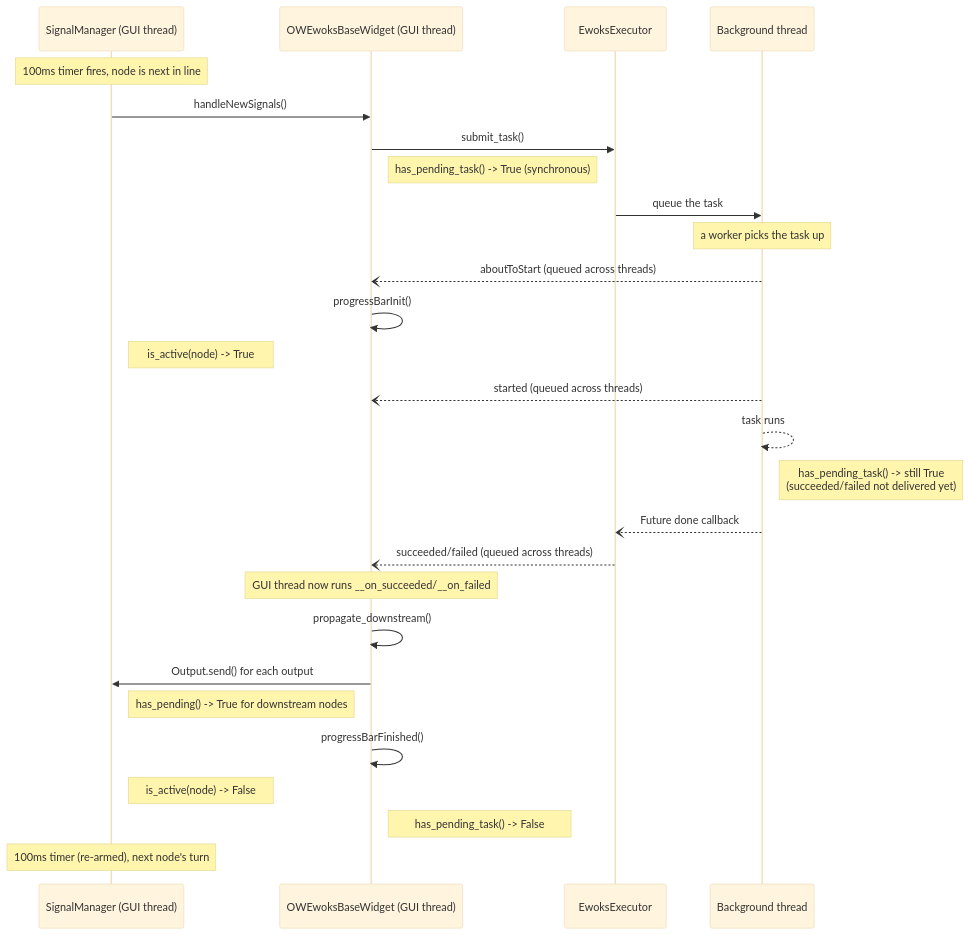
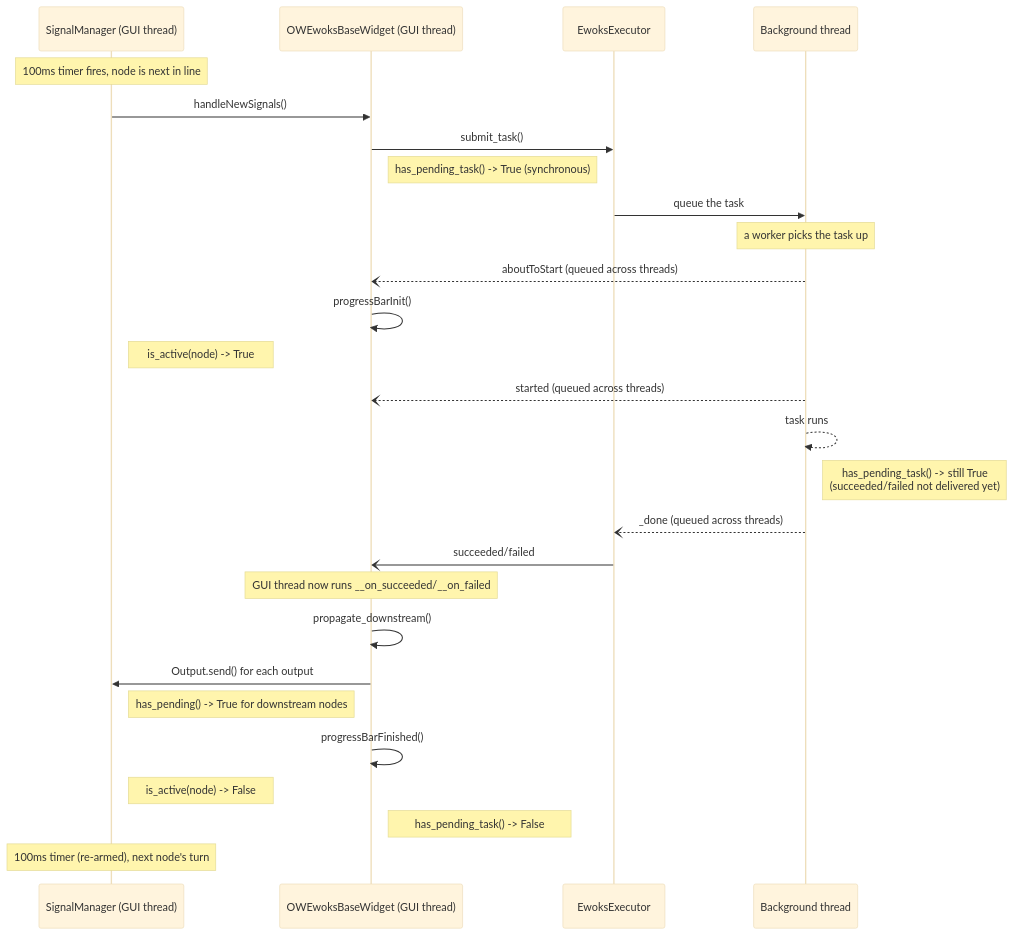
Before and after one commit to ewoks-kit/ewoksorange: the first of 2 diagrams in doc/explanations/execution.rst, drawn with Mermaid (base theme). The commit also changed 11 other files, not shown here.

```diff
--- a/doc/explanations/execution.rst
+++ b/doc/explanations/execution.rst
@@ -38,33 +38,33 @@
 .. mermaid::
 
     sequenceDiagram
         participant SM as SignalManager (GUI thread)
         participant W as OWEwoksBaseWidget (GUI thread)
         participant EX as EwoksExecutor
         participant BG as Background thread
 
         Note over SM: 100ms timer fires, node is next in line
         SM->>W: handleNewSignals()
         W->>EX: submit_task()
         Note right of W: has_pending_task() -> True (synchronous)
         EX->>BG: queue the task
         Note over BG: a worker picks the task up
         BG--)W: aboutToStart (queued across threads)
         W->>W: progressBarInit()
         Note right of SM: is_active(node) -> True
         BG--)W: started (queued across threads)
 
         BG-->>BG: task runs
         Note right of BG: has_pending_task() -> still True<br/>(succeeded/failed not delivered yet)
-        BG--)EX: Future done callback
-        EX--)W: succeeded/failed (queued across threads)
+        BG--)EX: _done (queued across threads)
+        EX-)W: succeeded/failed
 
         Note over W: GUI thread now runs __on_succeeded/__on_failed
         W->>W: propagate_downstream()
         W->>SM: Output.send() for each output
         Note right of SM: has_pending() -> True for downstream nodes
         W->>W: progressBarFinished()
         Note right of SM: is_active(node) -> False
         Note right of W: has_pending_task() -> False
 
         Note over SM: 100ms timer (re-armed), next node's turn
```
